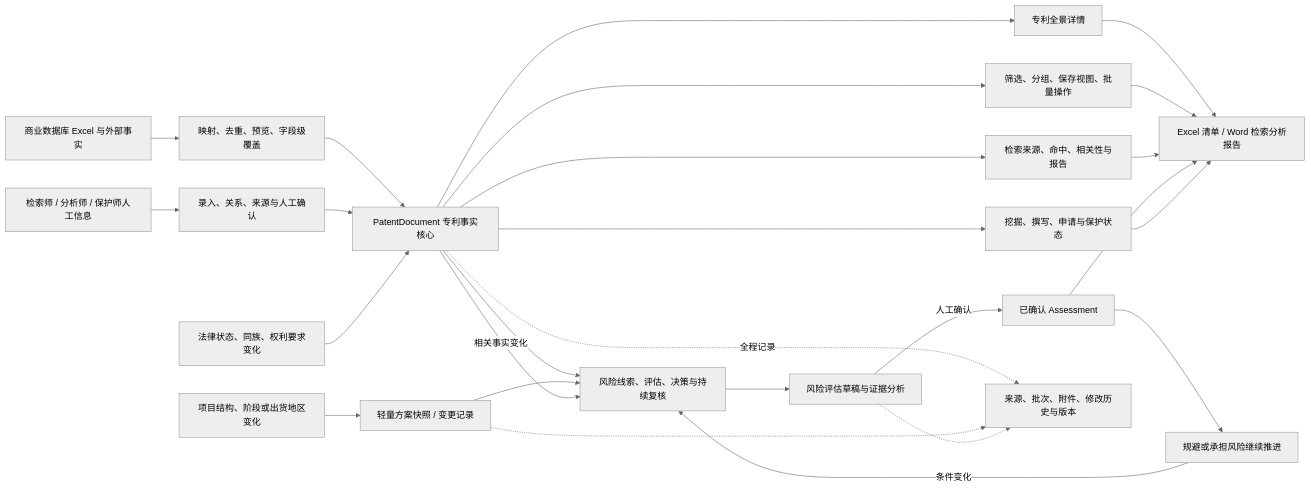
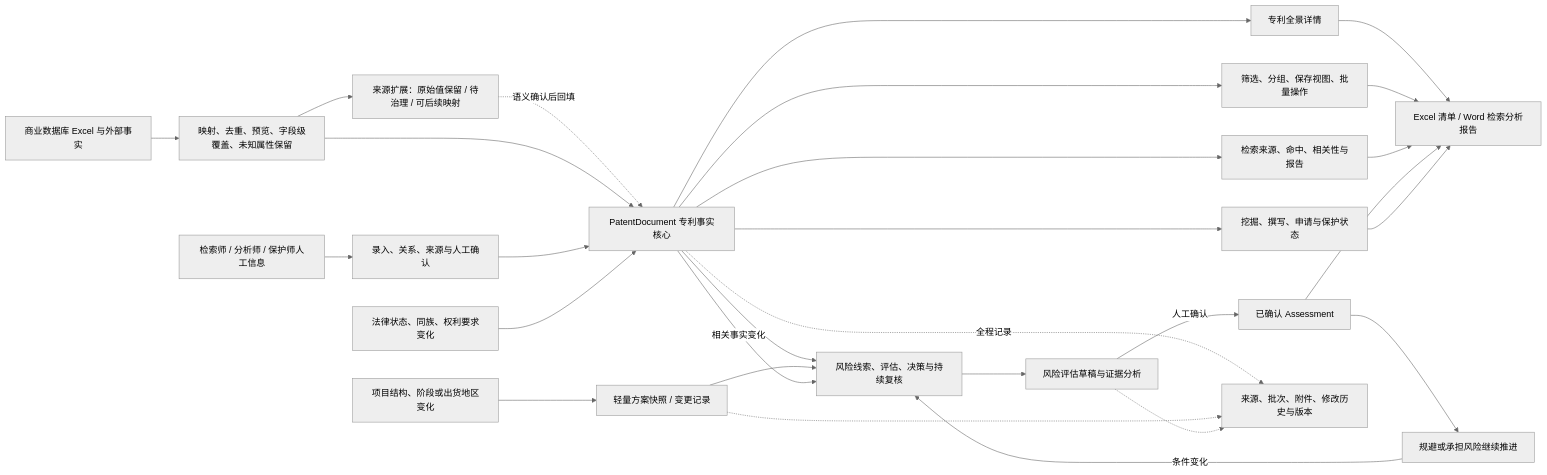
One commit to Casafred/patwiki changed the second of 4 diagrams in docs/PatWiki_refactor_guidance_pack/22-target-product-architecture.md. Above: the diagram before and after it, drawn with Mermaid (neutral theme). The commit also changed other lines of this file and 14 other files, not shown here.

````diff
--- a/docs/PatWiki_refactor_guidance_pack/22-target-product-architecture.md
+++ b/docs/PatWiki_refactor_guidance_pack/22-target-product-architecture.md
@@ -160,33 +160,35 @@
 ```mermaid
 flowchart LR
-    EXT["商业数据库 Excel 与外部事实"] --> IMPORT["映射、去重、预览、字段级覆盖"]
+    EXT["商业数据库 Excel 与外部事实"] --> IMPORT["映射、去重、预览、字段级覆盖、未知属性保留"]
+    IMPORT --> RETAIN["来源扩展：原始值保留 / 待治理 / 可后续映射"]
+    RETAIN -. "语义确认后回填" .-> K
     MANUAL["检索师 / 分析师 / 保护师人工信息"] --> CONFIRM["录入、关系、来源与人工确认"]
     IMPORT --> K["PatentDocument 专利事实核心"]
     CONFIRM --> K
 
     K --> DETAIL["专利全景详情"]
     K --> VIEW["筛选、分组、保存视图、批量操作"]
     K --> S["检索来源、命中、相关性与报告"]
     K --> R["风险线索、评估、决策与持续复核"]
     K --> C["挖掘、撰写、申请与保护状态"]
 
     CHANGE["项目结构、阶段或出货地区变化"] --> V["轻量方案快照 / 变更记录"]
     V --> R
     STATUS["法律状态、同族、权利要求变化"] --> K
     K -->|"相关事实变化"| R
 
     R --> A["风险评估草稿与证据分析"]
     A -->|"人工确认"| AC["已确认 Assessment"]
     AC --> D["规避或承担风险继续推进"]
     D -->|"条件变化"| R
 
     DETAIL --> O["Excel 清单 / Word 检索分析报告"]
     VIEW --> O
     S --> O
     AC --> O
     C --> O
 
     K -. "全程记录" .-> AUDIT["来源、批次、附件、修改历史与版本"]
     V -.-> AUDIT
     A -.-> AUDIT
 ```
````
